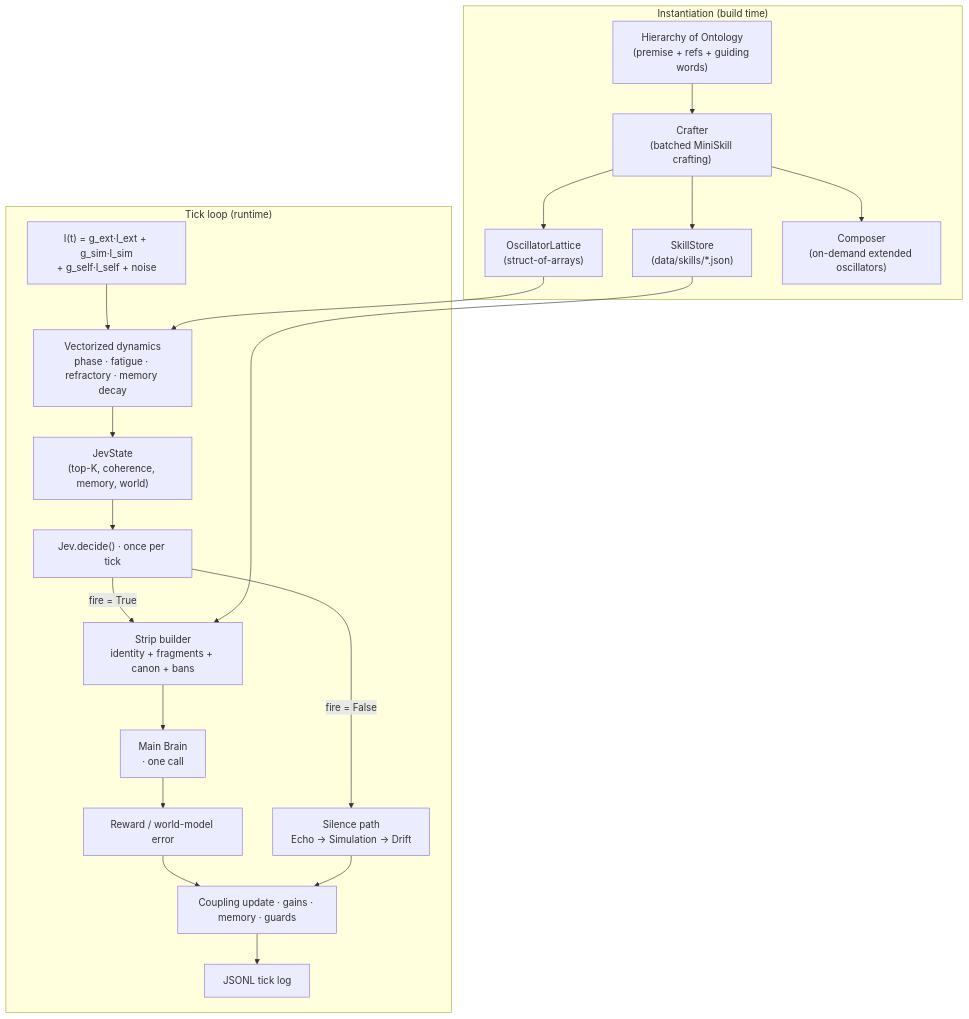
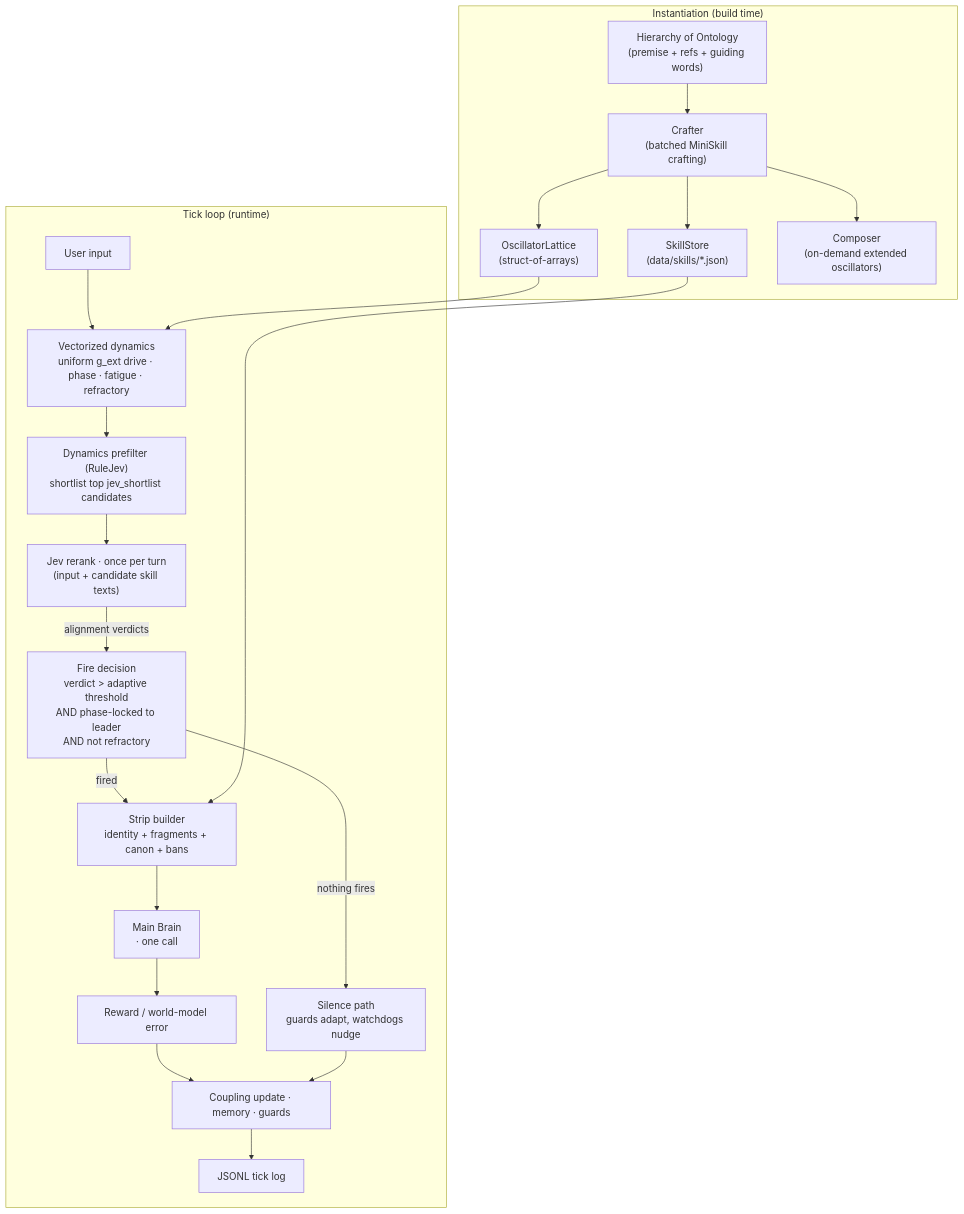
The first of 2 diagrams in README.md (godelcomplete9/oscillang), drawn with Mermaid before and after one commit. The commit also changed other lines of this file and 18 other files, not shown here.

Commit message:
Milestone 5: Jev is the semantic gatekeeper (rerank mini skills, phase-only oscillator gate, no cosine in the fire path)

````diff
--- a/README.md
+++ b/README.md
@@ -58,25 +67,26 @@
 ```mermaid
 flowchart TB
     subgraph INST["Instantiation (build time)"]
         ONT["Hierarchy of Ontology<br/>(premise + refs + guiding words)"] --> CRAFT["Crafter<br/>(batched MiniSkill crafting)"]
         CRAFT --> LAT["OscillatorLattice<br/>(struct-of-arrays)"]
         CRAFT --> SK["SkillStore<br/>(data/skills/*.json)"]
         CRAFT --> COMP["Composer<br/>(on-demand extended oscillators)"]
     end
 
     subgraph TICK["Tick loop (runtime)"]
-        IN["I(t) = g_ext·I_ext + g_sim·I_sim<br/>+ g_self·I_self + noise"] --> DYN["Vectorized dynamics<br/>phase · fatigue · refractory · memory decay"]
-        DYN --> STATE["JevState<br/>(top-K, coherence, memory, world)"]
-        STATE --> JEV["Jev.decide() · once per tick"]
-        JEV -->|"fire = True"| STRIP["Strip builder<br/>identity + fragments + canon + bans"]
+        IN["User input"] --> DYN["Vectorized dynamics<br/>uniform g_ext drive · phase · fatigue · refractory"]
+        DYN --> PREF["Dynamics prefilter (RuleJev)<br/>shortlist top jev_shortlist candidates"]
+        PREF --> JEV["Jev rerank · once per turn<br/>(input + candidate skill texts)"]
+        JEV -->|"alignment verdicts"| GATE["Fire decision<br/>verdict > adaptive threshold<br/>AND phase-locked to leader<br/>AND not refractory"]
+        GATE -->|"fired"| STRIP["Strip builder<br/>identity + fragments + canon + bans"]
         STRIP --> MB["Main Brain<br/>· one call"]
-        JEV -->|"fire = False"| SILENCE["Silence path<br/>Echo → Simulation → Drift"]
+        GATE -->|"nothing fires"| SILENCE["Silence path<br/>guards adapt, watchdogs nudge"]
         MB --> EVAL["Reward / world-model error"]
-        EVAL --> UPD["Coupling update · gains · memory · guards"]
+        EVAL --> UPD["Coupling update · memory · guards"]
         SILENCE --> UPD
         UPD --> LOG["JSONL tick log"]
     end
 
     LAT --> DYN
     SK --> STRIP
 ```
````
